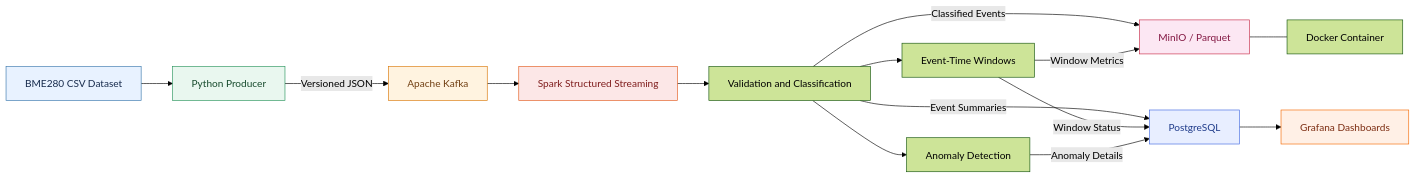
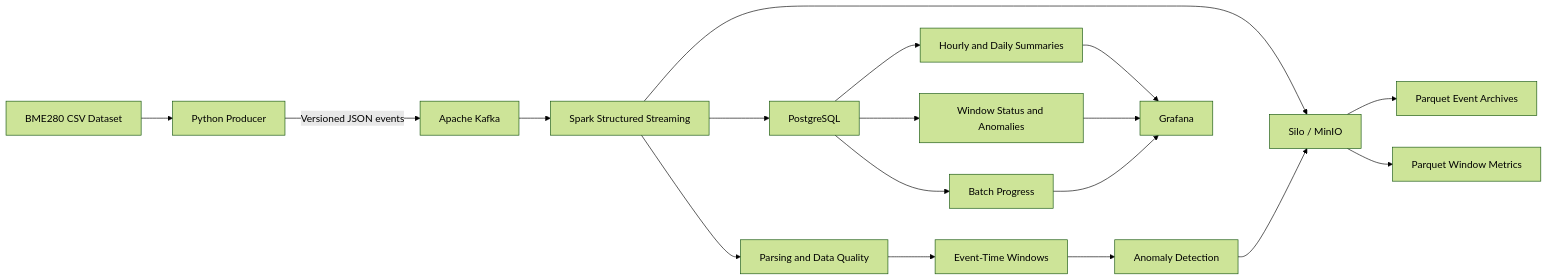
Before and after one commit to oussamalakhili5/IoT-realtime-pipeline: the diagram in README.md, drawn with Mermaid (forest theme). The commit also changed other lines of this file and 1 other file, not shown here.

Commit message:
docs: improve project README and add architecture diagram

````diff
--- a/README.md
+++ b/README.md
@@ -33,29 +73,24 @@
 ```mermaid
 flowchart LR
     A["BME280 CSV Dataset"] --> B["Python Producer"]
-    B -->|"Versioned JSON"| C["Apache Kafka"]
+    B -->|"Versioned JSON events"| C["Apache Kafka"]
+    C --> D["Spark Structured Streaming"]
 
-    C --> D["Spark Structured Streaming"]
-    D --> E["Validation and Classification"]
+    D --> E["Parsing and Data Quality"]
     E --> F["Event-Time Windows"]
-    E --> G["Anomaly Detection"]
+    F --> G["Anomaly Detection"]
 
-    E -->|"Classified Events"| H["MinIO / Parquet"]
-    F -->|"Window Metrics"| H
+    D --> H["Silo / MinIO"]
+    G --> H
+    H --> I["Parquet Event Archives"]
+    H --> J["Parquet Window Metrics"]
 
-    H --- I["Docker Container"]
+    D --> K["PostgreSQL"]
+    K --> L["Hourly and Daily Summaries"]
+    K --> M["Window Status and Anomalies"]
+    K --> N["Batch Progress"]
 
-    E -->|"Event Summaries"| J["PostgreSQL"]
-    F -->|"Window Status"| J
-    G -->|"Anomaly Details"| J
-
-    J --> K["Grafana Dashboards"]
-
-    style A fill:#E8F2FF,stroke:#3776AB,color:#172B4D
-    style B fill:#E9F7EF,stroke:#26935B,color:#164A2C
-    style C fill:#FFF3E0,stroke:#D97706,color:#713F12
-    style D fill:#FCE7E7,stroke:#E25A1C,color:#7F1D1D
-    style H fill:#FCE7F3,stroke:#C72C48,color:#831843
-    style J fill:#E8EEFF,stroke:#4169E1,color:#1E3A8A
-    style K fill:#FFF0E6,stroke:#F46800,color:#7C2D12
+    L --> O["Grafana"]
+    M --> O
+    N --> O
 ```
````
